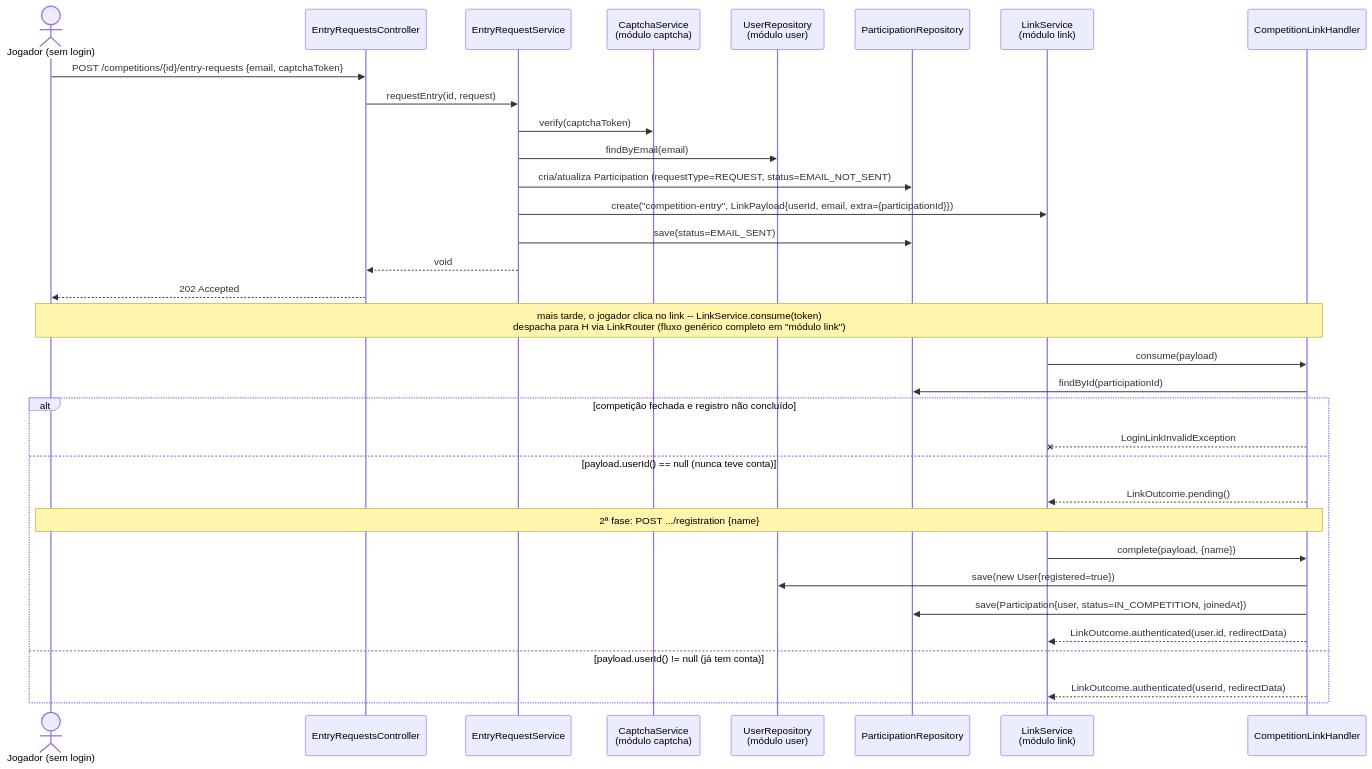
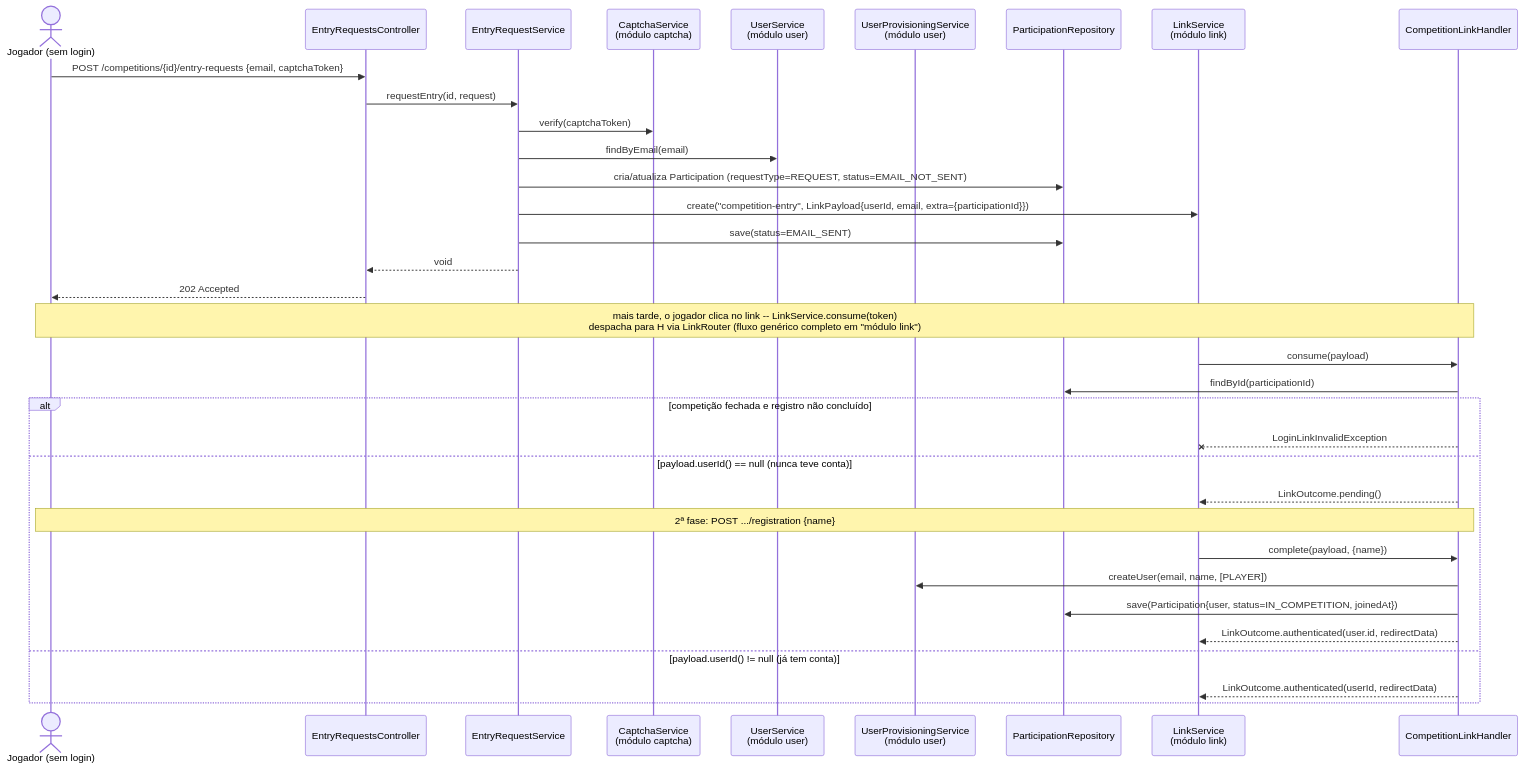
Diagram 18 of 21 in docs/diagrams/modulos.md (lalgarve/jogo-acoes), drawn with Mermaid before and after one commit. The commit also changed other lines of this file and 2 other files, not shown here.

First line of the commit message:
docs: update module diagrams and spec 05-029 after implementation

````diff
--- a/docs/diagrams/modulos.md
+++ b/docs/diagrams/modulos.md
@@ -895,38 +935,39 @@
 ```mermaid
 sequenceDiagram
     actor J as Jogador (sem login)
     participant ERC as EntryRequestsController
     participant ERS as EntryRequestService
     participant Cap as CaptchaService<br/>(módulo captcha)
-    participant UR as UserRepository<br/>(módulo user)
+    participant US as UserService<br/>(módulo user)
+    participant UPS as UserProvisioningService<br/>(módulo user)
     participant PR as ParticipationRepository
     participant LiS as LinkService<br/>(módulo link)
     participant H as CompetitionLinkHandler
 
     J->>ERC: POST /competitions/{id}/entry-requests {email, captchaToken}
     ERC->>ERS: requestEntry(id, request)
     ERS->>Cap: verify(captchaToken)
-    ERS->>UR: findByEmail(email)
+    ERS->>US: findByEmail(email)
     ERS->>PR: cria/atualiza Participation (requestType=REQUEST, status=EMAIL_NOT_SENT)
     ERS->>LiS: create("competition-entry", LinkPayload{userId, email, extra={participationId}})
     ERS->>PR: save(status=EMAIL_SENT)
     ERS-->>ERC: void
     ERC-->>J: 202 Accepted
 
     Note over J,H: mais tarde, o jogador clica no link -- LinkService.consume(token)<br/>despacha para H via LinkRouter (fluxo genérico completo em "módulo link")
 
     LiS->>H: consume(payload)
     H->>PR: findById(participationId)
     alt competição fechada e registro não concluído
         H--xLiS: LoginLinkInvalidException
     else payload.userId() == null (nunca teve conta)
         H-->>LiS: LinkOutcome.pending()
         Note over J,H: 2ª fase: POST .../registration {name}
         LiS->>H: complete(payload, {name})
-        H->>UR: save(new User{registered=true})
+        H->>UPS: createUser(email, name, [PLAYER])
         H->>PR: save(Participation{user, status=IN_COMPETITION, joinedAt})
         H-->>LiS: LinkOutcome.authenticated(user.id, redirectData)
     else payload.userId() != null (já tem conta)
         H-->>LiS: LinkOutcome.authenticated(userId, redirectData)
     end
 ```
````
